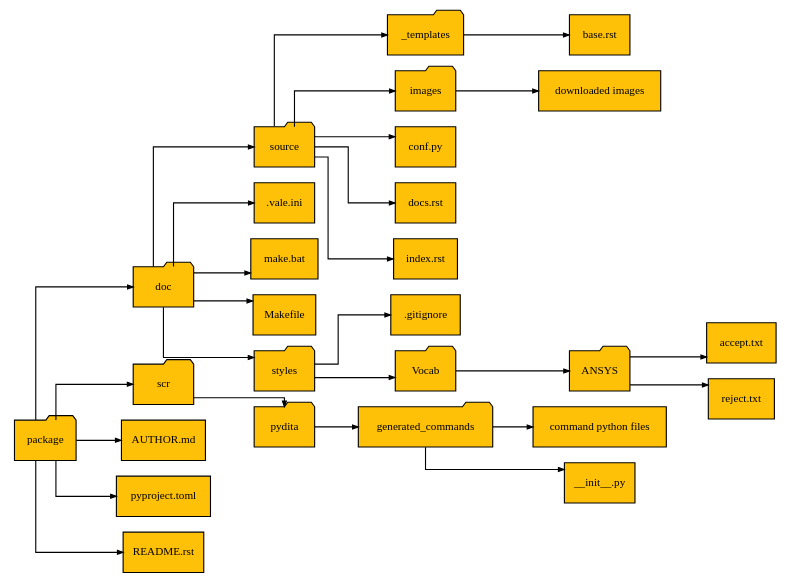
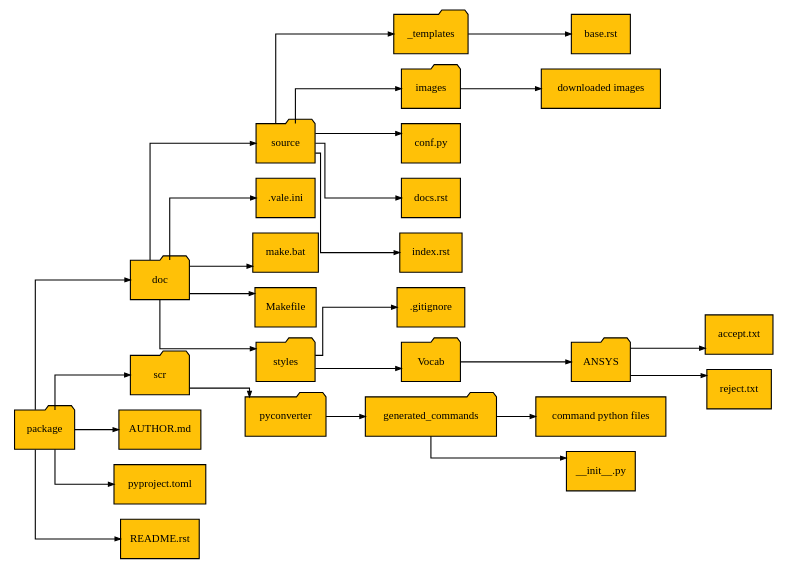
Before and after one commit to ansys/pyconverter-xml2py: the diagram in doc/source/user_guide/images/diags/diag_package.rst, drawn with Graphviz. The commit also changed 43 other files, not shown here.

```diff
--- a/doc/source/user_guide/images/diags/diag_package.rst
+++ b/doc/source/user_guide/images/diags/diag_package.rst
@@ -41,8 +41,8 @@
            label="README.rst", shape="file"
          ];
 
-         pydita [
-           label="pydita", shape="folder"
+         pyconverter [
+           label="pyconverter", shape="folder"
          ];
 
          generated_commands [
@@ -156,9 +156,9 @@
       ansys -> accept_file
       ansys -> reject_file
 
-      scr -> pydita
+      scr -> pyconverter
       
-      pydita -> generated_commands
+      pyconverter -> generated_commands
 
       generated_commands -> python_files
       generated_commands -> init_files
```
